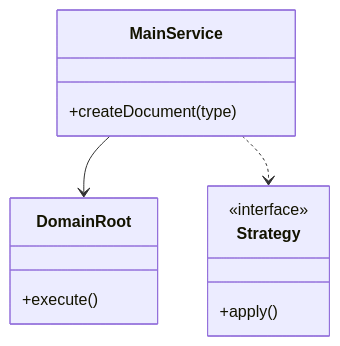
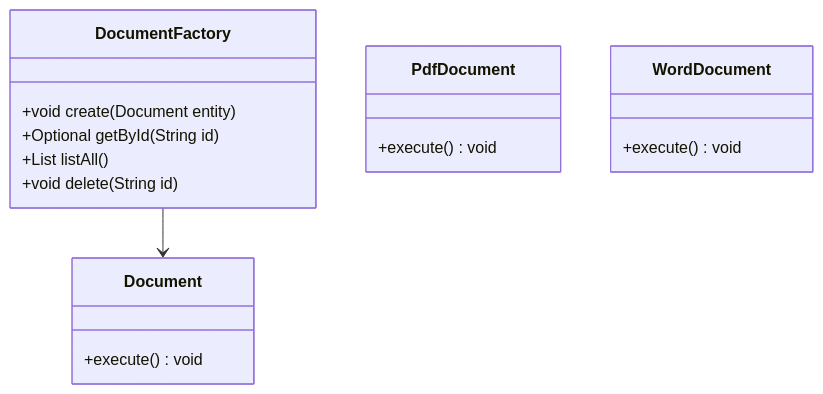
The first of 3 diagrams in Learn/System Design - Low Level Design/03-design-patterns/questions/Q24-factory-document.md (madhupaila/Interview-Prep-SSE), drawn with Mermaid before and after one commit. The commit also changed other lines of this file and 491 other files, not shown here.

````diff
--- a/Learn/System Design - Low Level Design/03-design-patterns/questions/Q24-factory-document.md
+++ b/Learn/System Design - Low Level Design/03-design-patterns/questions/Q24-factory-document.md
@@ -73,15 +91,19 @@
 ```mermaid
 classDiagram
-    class MainService {
-        +createDocument(type)
+    class DocumentFactory {
+        +void create(Document entity)
+        +Optional<Document> getById(String id)
+        +List<Document> listAll()
+        +void delete(String id)
     }
-    class DomainRoot {
-        +execute()
+    class Document {
+        +execute() void
     }
-    class Strategy {
-        <<interface>>
-        +apply()
+    class PdfDocument {
+        +execute() void
     }
-    MainService --> DomainRoot
-    MainService ..> Strategy
+    class WordDocument {
+        +execute() void
+    }
+    DocumentFactory --> Document
 ```
````
